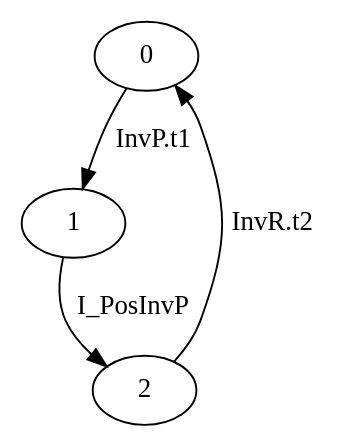
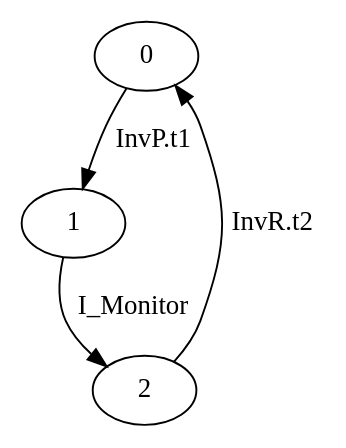
The diagram in src/cspspecs/MAPEK/MONITOR.dot (nsrosa70/midarch-go-v13), drawn with Graphviz before and after one commit. The commit also changed 37 other files, not shown here.

Commit message:
EE like an architecture

```diff
--- a/src/cspspecs/MAPEK/MONITOR.dot
+++ b/src/cspspecs/MAPEK/MONITOR.dot
@@ -1,5 +1,5 @@
 digraph G {
   0 -> 1 [ label="InvP.t1" ];
-  1 -> 2 [ label="I_PosInvP" ];
+  1 -> 2 [ label="I_Monitor" ];
   2 -> 0 [ label="InvR.t2" ];
 }
```
